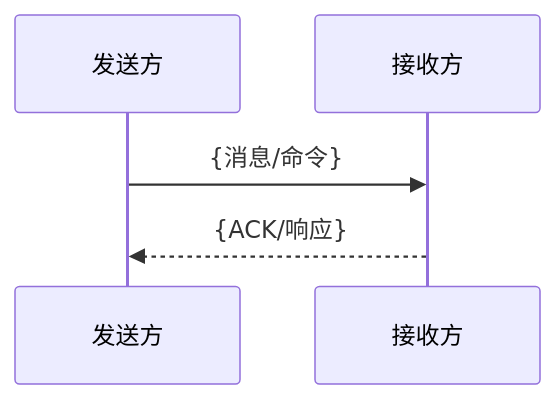
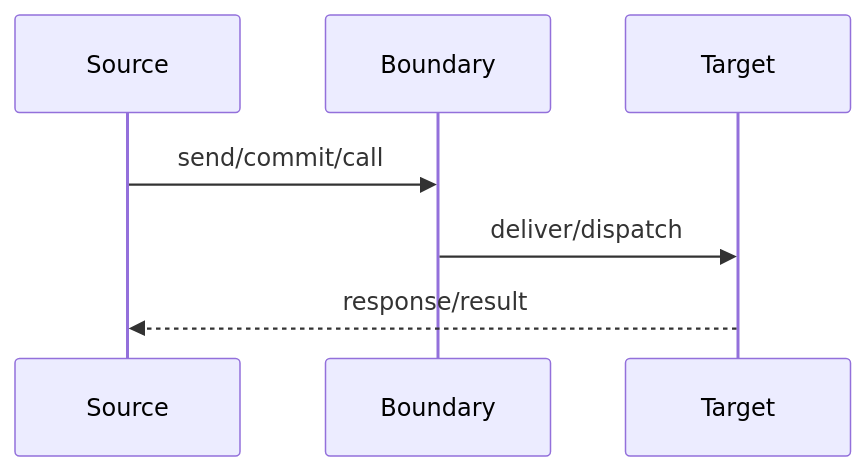
The diagram in obsidian-kb-authoring/templates/flow/跨边界数据流.template.md (chenjc23/obsidian-kb), drawn with Mermaid before and after one commit. The commit also changed other lines of this file and 4 other files, not shown here.

Commit message:
flow模板更新

````diff
--- a/obsidian-kb-authoring/templates/flow/跨边界数据流.template.md
+++ b/obsidian-kb-authoring/templates/flow/跨边界数据流.template.md
@@ -28,7 +38,9 @@
 ```mermaid
 sequenceDiagram
-    participant S as 发送方
-    participant R as 接收方
-    S->>R: {消息/命令}
-    R-->>S: {ACK/响应}
+    participant S as Source
+    participant B as Boundary
+    participant T as Target
+    S->>B: send/commit/call
+    B->>T: deliver/dispatch
+    T-->>S: response/result
 ```
````
